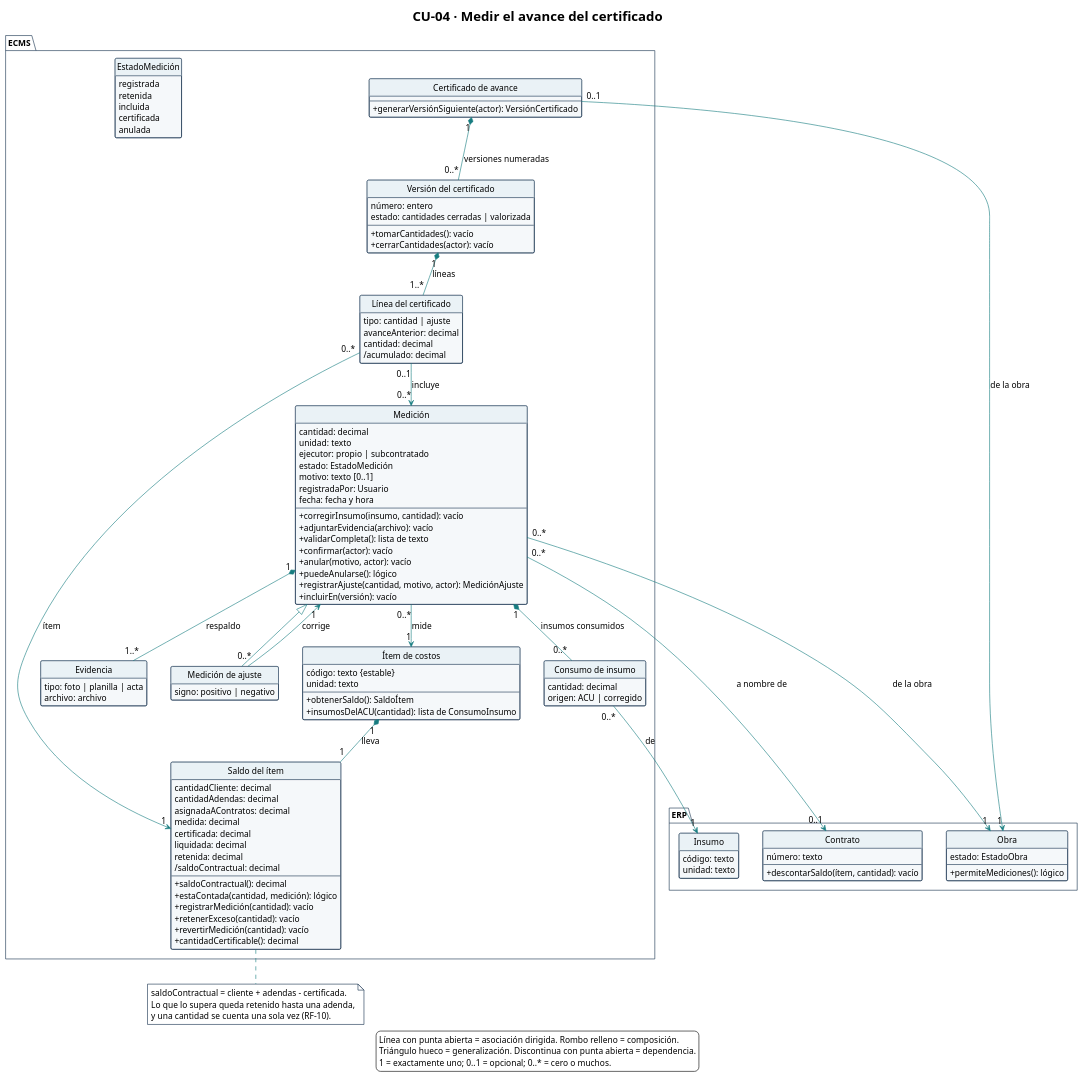
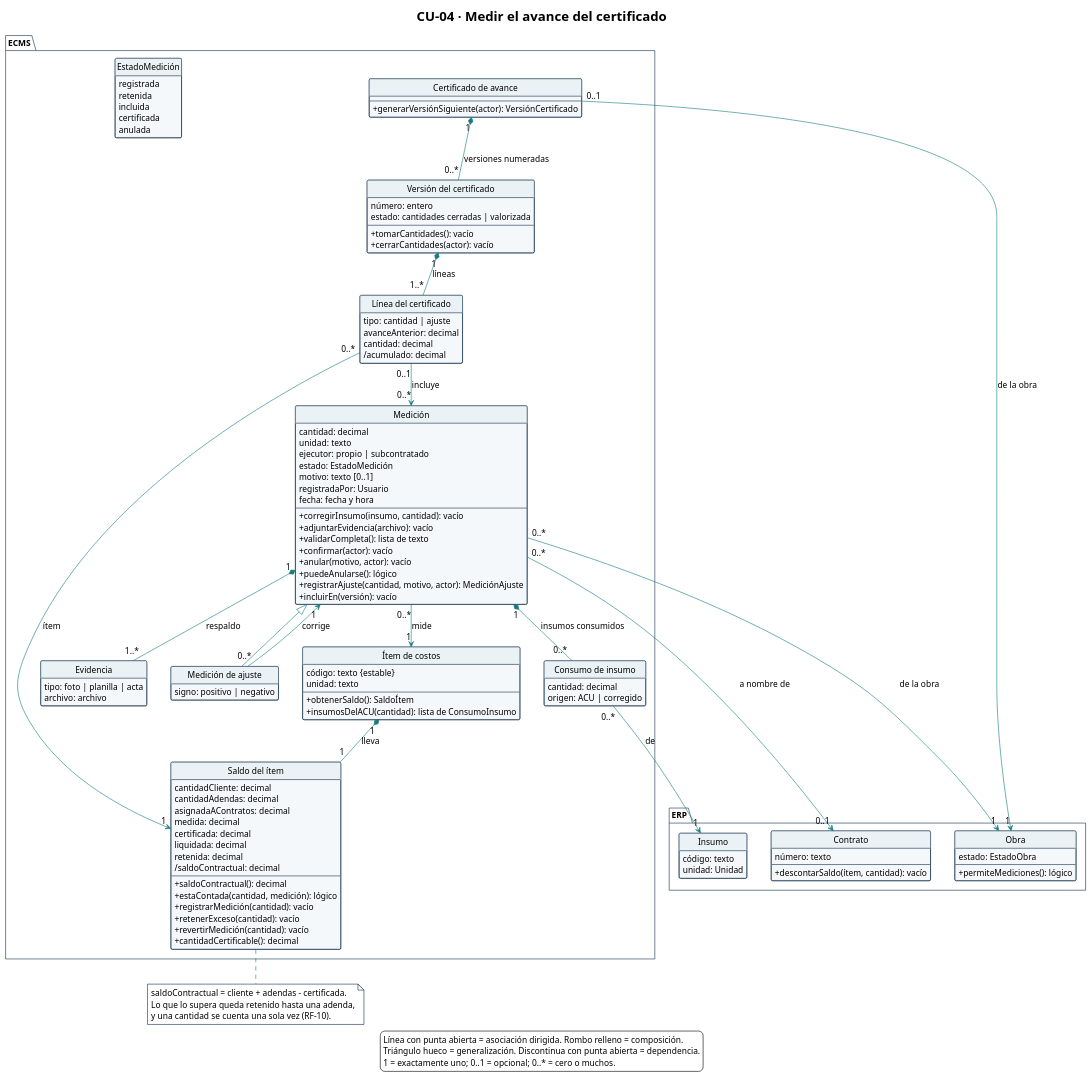
The diagram in diagramas/CU-04-clases.puml (Ssrrb/tpf-uca), drawn with PlantUML before and after one commit. The commit also changed 13 other files, not shown here.

```diff
--- a/diagramas/CU-04-clases.puml
+++ b/diagramas/CU-04-clases.puml
@@ -1,162 +1,162 @@
 @startuml
 !theme plain
 skinparam style strictuml
 title CU-04 · Medir el avance del certificado
 hide circle
 hide empty methods
 hide empty fields
 skinparam shadowing false
 skinparam classAttributeIconSize 0
 skinparam defaultFontName Arial
 skinparam defaultFontSize 14
 skinparam nodesep 40
 skinparam ranksep 50
 skinparam ArrowColor #167C80
 skinparam class {
   BackgroundColor #F5F8FA
   BorderColor #17324D
   HeaderBackgroundColor #EAF2F6
 }
 skinparam package {
   BackgroundColor #FFFFFF
   BorderColor #17324D
 }
 skinparam note {
   BackgroundColor #FFFFFF
   BorderColor #17324D
 }
 package "ECMS" {
   class "Ítem de costos" as ItemCostos {
     código: texto {estable}
     unidad: texto
     --
     + obtenerSaldo(): SaldoÍtem
     + insumosDelACU(cantidad): lista de ConsumoInsumo
   }
 
   class "Saldo del ítem" as SaldoItem {
     cantidadCliente: decimal
     cantidadAdendas: decimal
     asignadaAContratos: decimal
     medida: decimal
     certificada: decimal
     liquidada: decimal
     retenida: decimal
     /saldoContractual: decimal
     --
     + saldoContractual(): decimal
     + estaContada(cantidad, medición): lógico
     + registrarMedición(cantidad): vacío
     + retenerExceso(cantidad): vacío
     + revertirMedición(cantidad): vacío
     + cantidadCertificable(): decimal
   }
 
   class "Medición" as Medicion {
     cantidad: decimal
     unidad: texto
     ejecutor: propio | subcontratado
     estado: EstadoMedición
     motivo: texto [0..1]
     registradaPor: Usuario
     fecha: fecha y hora
     --
     + corregirInsumo(insumo, cantidad): vacío
     + adjuntarEvidencia(archivo): vacío
     + validarCompleta(): lista de texto
     + confirmar(actor): vacío
     + anular(motivo, actor): vacío
     + puedeAnularse(): lógico
     + registrarAjuste(cantidad, motivo, actor): MediciónAjuste
     + incluirEn(versión): vacío
   }
 
   class "Medición de ajuste" as MedicionAjuste {
     signo: positivo | negativo
   }
 
   class "Consumo de insumo" as ConsumoInsumo {
     cantidad: decimal
     origen: ACU | corregido
   }
 
   class Evidencia {
     tipo: foto | planilla | acta
     archivo: archivo
   }
 
   class "Certificado de avance" as Certificado {
     --
     + generarVersiónSiguiente(actor): VersiónCertificado
   }
 
   class "Versión del certificado" as VersionCertificado {
     número: entero
     estado: cantidades cerradas | valorizada
     --
     + tomarCantidades(): vacío
     + cerrarCantidades(actor): vacío
   }
 
   class "Línea del certificado" as LineaCertificado {
     tipo: cantidad | ajuste
     avanceAnterior: decimal
     cantidad: decimal
     /acumulado: decimal
   }
 
   enum EstadoMedición {
     registrada
     retenida
     incluida
     certificada
     anulada
   }
 }
 
 package "ERP" {
   class Obra {
     estado: EstadoObra
     --
     + permiteMediciones(): lógico
   }
 
   class Contrato {
     número: texto
     --
     + descontarSaldo(ítem, cantidad): vacío
   }
 
   class Insumo {
     código: texto
-    unidad: texto
+    unidad: Unidad
   }
 }
 
 ItemCostos "1" *-- "1" SaldoItem : lleva
 Medicion "0..*" --> "1" ItemCostos : mide
 Medicion "0..*" --> "1" Obra : de la obra
 Medicion "0..*" --> "0..1" Contrato : a nombre de
 Medicion "1" *-- "0..*" ConsumoInsumo : insumos consumidos
 Medicion "1" *-- "1..*" Evidencia : respaldo
 ConsumoInsumo "0..*" --> "1" Insumo : de
 Medicion <|-- MedicionAjuste
 MedicionAjuste "0..*" --> "1" Medicion : corrige
 Certificado "0..1" --> "1" Obra : de la obra
 Certificado "1" *-- "0..*" VersionCertificado : versiones numeradas
 VersionCertificado "1" *-- "1..*" LineaCertificado : líneas
 LineaCertificado "0..1" --> "0..*" Medicion : incluye
 LineaCertificado "0..*" --> "1" SaldoItem : ítem
 
 note bottom of SaldoItem
   saldoContractual = cliente + adendas - certificada.
   Lo que lo supera queda retenido hasta una adenda,
   y una cantidad se cuenta una sola vez (RF-10).
 end note
 
 legend bottom
   Línea con punta abierta = asociación dirigida. Rombo relleno = composición.
   Triángulo hueco = generalización. Discontinua con punta abierta = dependencia.
   1 = exactamente uno; 0..1 = opcional; 0..* = cero o muchos.
 endlegend
 @enduml
```
